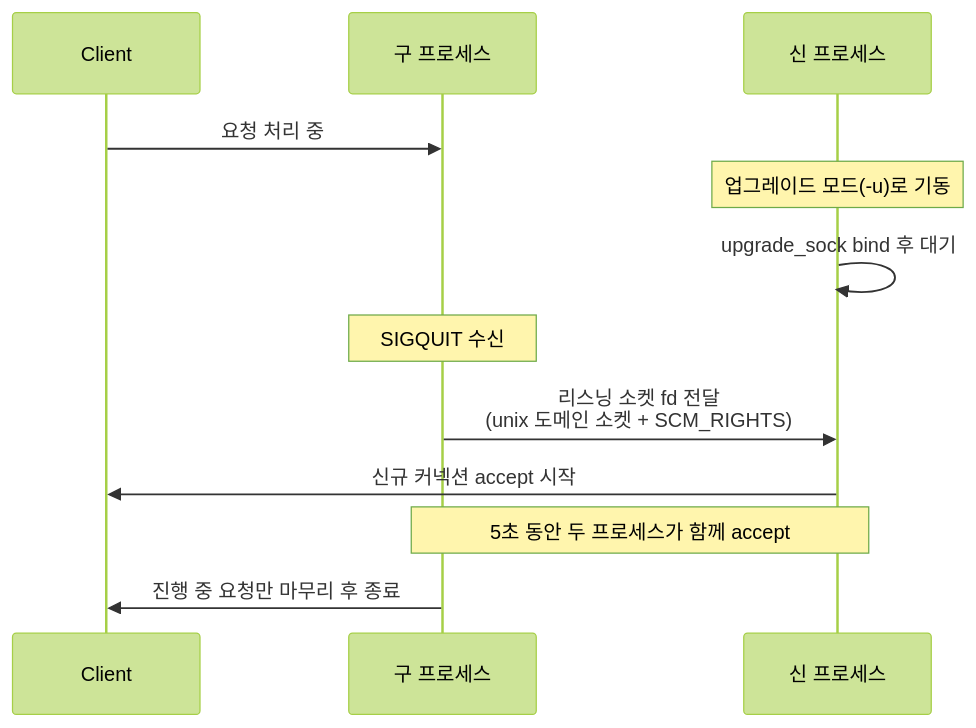
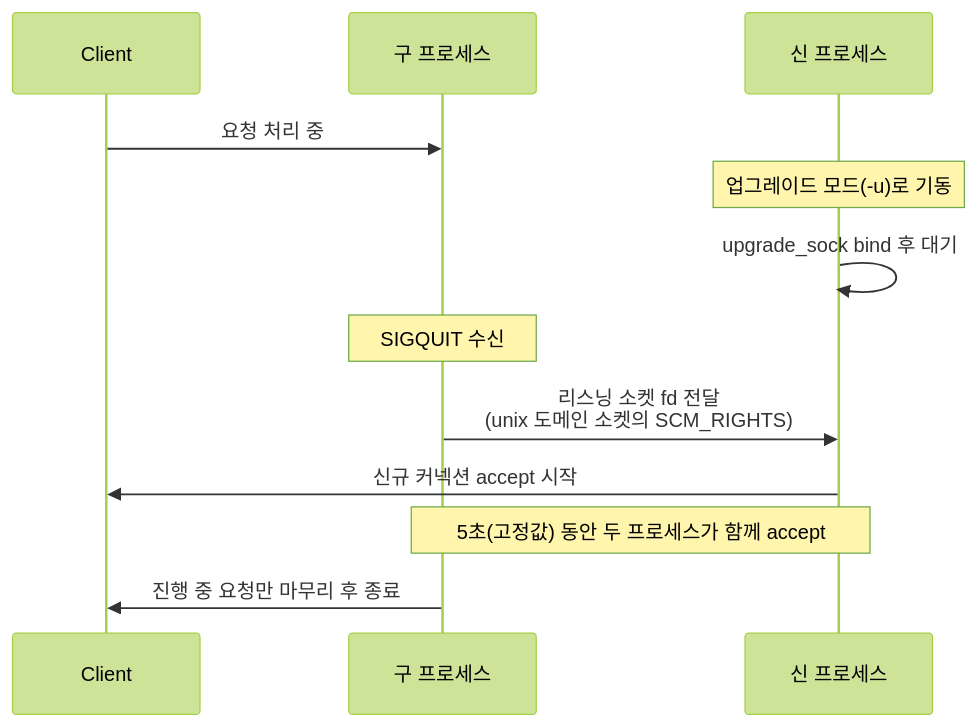
The second of 2 diagrams in docs/posts/Cloud Infra/pingora.md (dotoryeee/blog), drawn with Mermaid (forest theme) before and after one commit. The commit also changed other lines of this file and 12 other files, not shown here.

````diff
--- a/docs/posts/Cloud Infra/pingora.md
+++ b/docs/posts/Cloud Infra/pingora.md
@@ -151,14 +150,14 @@
 ```mermaid
 sequenceDiagram
     participant Client
     participant Old as 구 프로세스
     participant New as 신 프로세스
     Client->>Old: 요청 처리 중
     Note over New: 업그레이드 모드(-u)로 기동
     New->>New: upgrade_sock bind 후 대기
     Note over Old: SIGQUIT 수신
-    Old->>New: 리스닝 소켓 fd 전달<br>(unix 도메인 소켓 + SCM_RIGHTS)
+    Old->>New: 리스닝 소켓 fd 전달<br>(unix 도메인 소켓의 SCM_RIGHTS)
     New->>Client: 신규 커넥션 accept 시작
-    Note over Old,New: 5초 동안 두 프로세스가 함께 accept
+    Note over Old,New: 5초(고정값) 동안 두 프로세스가 함께 accept
     Old->>Client: 진행 중 요청만 마무리 후 종료
 ```
````
